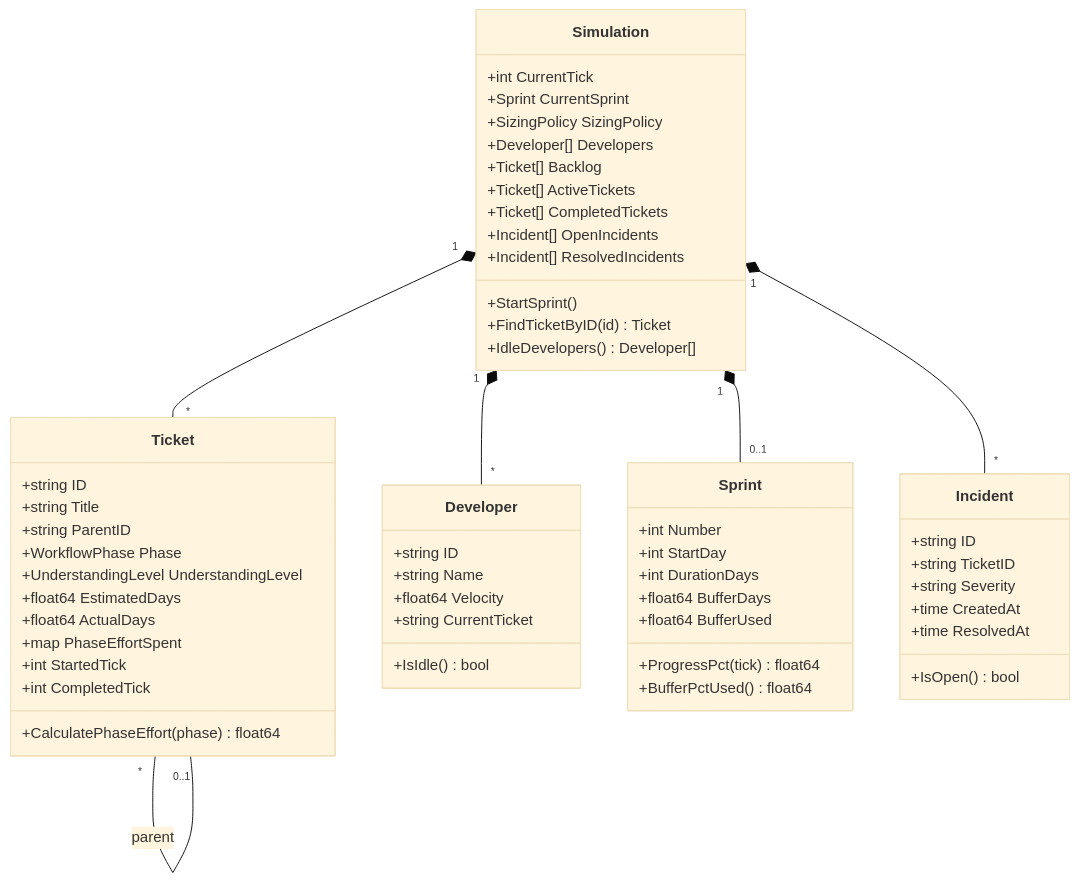
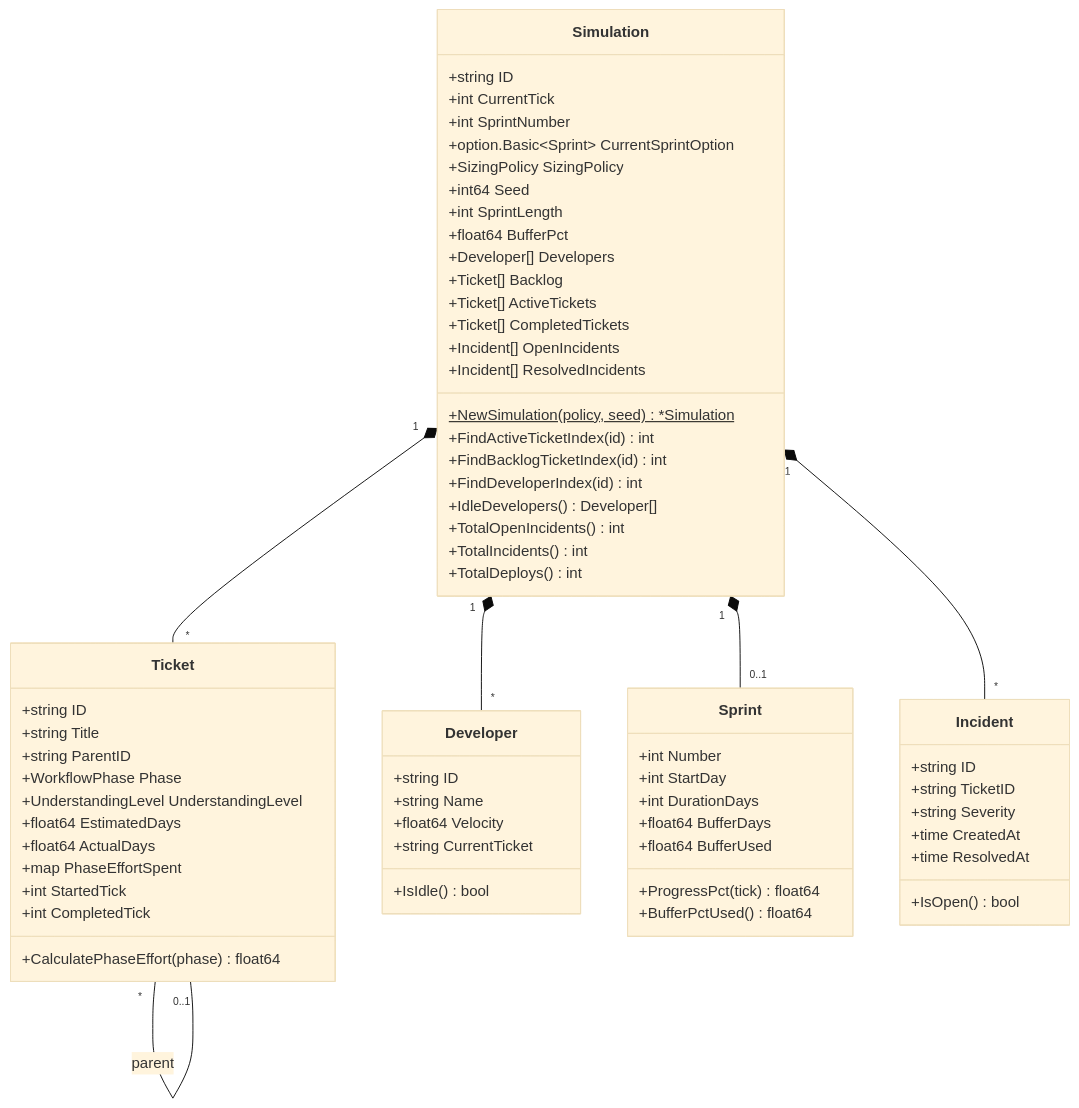
One commit to binaryphile/sofdevsim-2026 changed the first of 9 diagrams in docs/design.md. Above: the diagram before and after it, drawn with Mermaid (base theme). The commit also changed other lines of this file and 3 other files, not shown here.

````diff
--- a/docs/design.md
+++ b/docs/design.md
@@ -34,64 +34,74 @@
 ```mermaid
 classDiagram
     class Simulation {
+        +string ID
         +int CurrentTick
-        +Sprint CurrentSprint
+        +int SprintNumber
+        +option.Basic~Sprint~ CurrentSprintOption
         +SizingPolicy SizingPolicy
+        +int64 Seed
+        +int SprintLength
+        +float64 BufferPct
         +Developer[] Developers
         +Ticket[] Backlog
         +Ticket[] ActiveTickets
         +Ticket[] CompletedTickets
         +Incident[] OpenIncidents
         +Incident[] ResolvedIncidents
-        +StartSprint()
-        +FindTicketByID(id) Ticket
+        +NewSimulation(policy, seed)$ *Simulation
+        +FindActiveTicketIndex(id) int
+        +FindBacklogTicketIndex(id) int
+        +FindDeveloperIndex(id) int
         +IdleDevelopers() Developer[]
+        +TotalOpenIncidents() int
+        +TotalIncidents() int
+        +TotalDeploys() int
     }
 
     class Ticket {
         +string ID
         +string Title
         +string ParentID
         +WorkflowPhase Phase
         +UnderstandingLevel UnderstandingLevel
         +float64 EstimatedDays
         +float64 ActualDays
         +map PhaseEffortSpent
         +int StartedTick
         +int CompletedTick
         +CalculatePhaseEffort(phase) float64
     }
 
     class Developer {
         +string ID
         +string Name
         +float64 Velocity
         +string CurrentTicket
         +IsIdle() bool
     }
 
     class Sprint {
         +int Number
         +int StartDay
         +int DurationDays
         +float64 BufferDays
         +float64 BufferUsed
         +ProgressPct(tick) float64
         +BufferPctUsed() float64
     }
 
     class Incident {
         +string ID
         +string TicketID
         +string Severity
         +time CreatedAt
         +time ResolvedAt
         +IsOpen() bool
     }
 
     Simulation "1" *-- "*" Developer
     Simulation "1" *-- "*" Ticket
     Simulation "1" *-- "0..1" Sprint
     Simulation "1" *-- "*" Incident
     Ticket "*" -- "0..1" Ticket : parent
 ```
````
